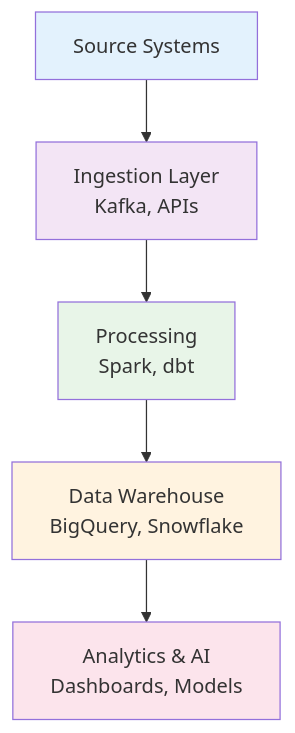
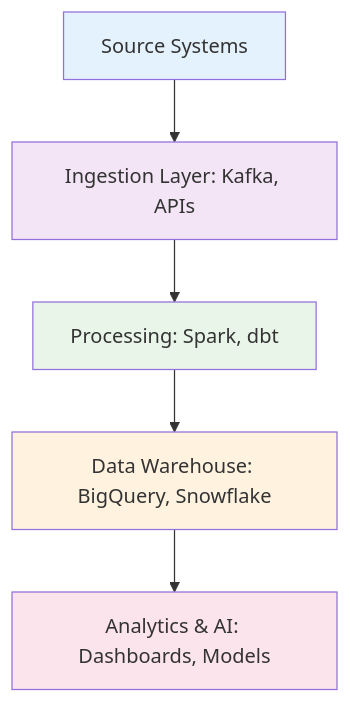
One commit to khaosans/articles changed the first of 2 diagrams in data_engineer_enterprise.md. Above: the diagram before and after it, drawn with Mermaid. The commit also changed other lines of this file and 3 other files, not shown here.

First line of the commit message:
docs: enhance all diagrams, captions, and professionalism in role guides

````diff
--- a/data_engineer_enterprise.md
+++ b/data_engineer_enterprise.md
@@ -34,13 +34,12 @@
 ```mermaid
 flowchart TD
-    A[Source Systems] --> B[Ingestion Layer<br/>Kafka, APIs]
-    B --> C[Processing<br/>Spark, dbt]
-    C --> D[Data Warehouse<br/>BigQuery, Snowflake]
-    D --> E[Analytics & AI<br/>Dashboards, Models]
-    
+    A[Source Systems] --> B[Ingestion Layer: Kafka, APIs]
+    B --> C[Processing: Spark, dbt]
+    C --> D[Data Warehouse: BigQuery, Snowflake]
+    D --> E[Analytics & AI: Dashboards, Models]
     style A fill:#e3f2fd
     style B fill:#f3e5f5
     style C fill:#e8f5e8
     style D fill:#fff3e0
     style E fill:#fce4ec
 ```
````
